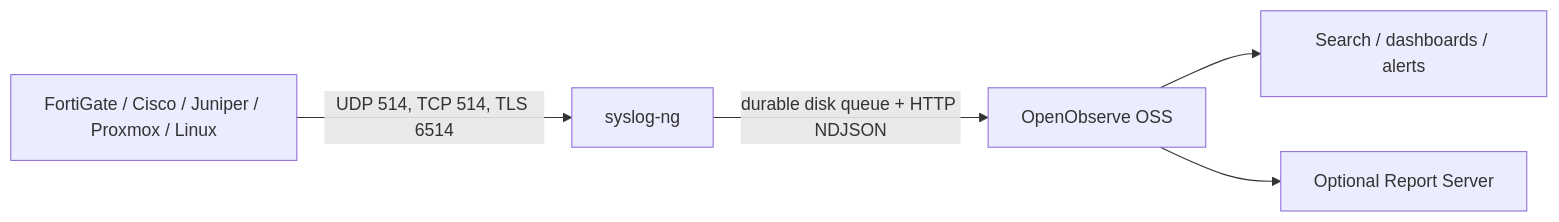
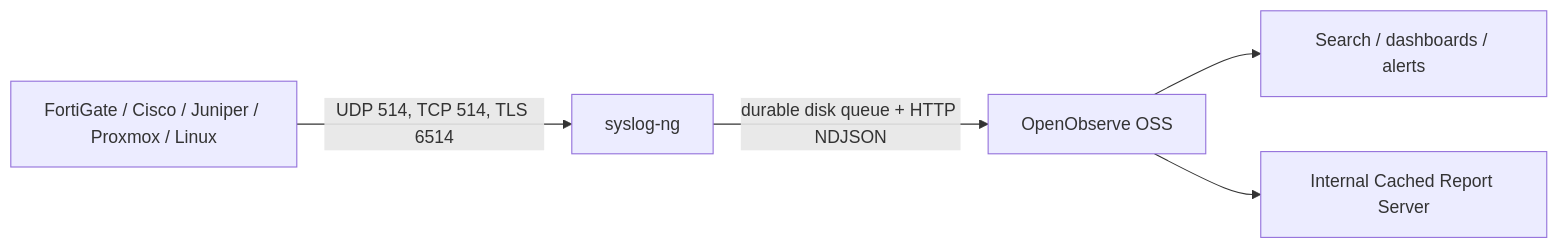
Before and after one commit to mmoud/central-logging-platform: the diagram in README.md, drawn with Mermaid. The commit also changed other lines of this file and 7 other files, not shown here.

Commit message:
Enable internal cached dashboard reports

````diff
--- a/README.md
+++ b/README.md
@@ -5,7 +5,7 @@
 ```mermaid
 flowchart LR
   devices[FortiGate / Cisco / Juniper / Proxmox / Linux] -->|UDP 514, TCP 514, TLS 6514| ng[syslog-ng]
   ng -->|durable disk queue + HTTP NDJSON| oo[OpenObserve OSS]
   oo --> search[Search / dashboards / alerts]
-  oo --> reports[Optional Report Server]
+  oo --> reports[Internal Cached Report Server]
 ```
````
